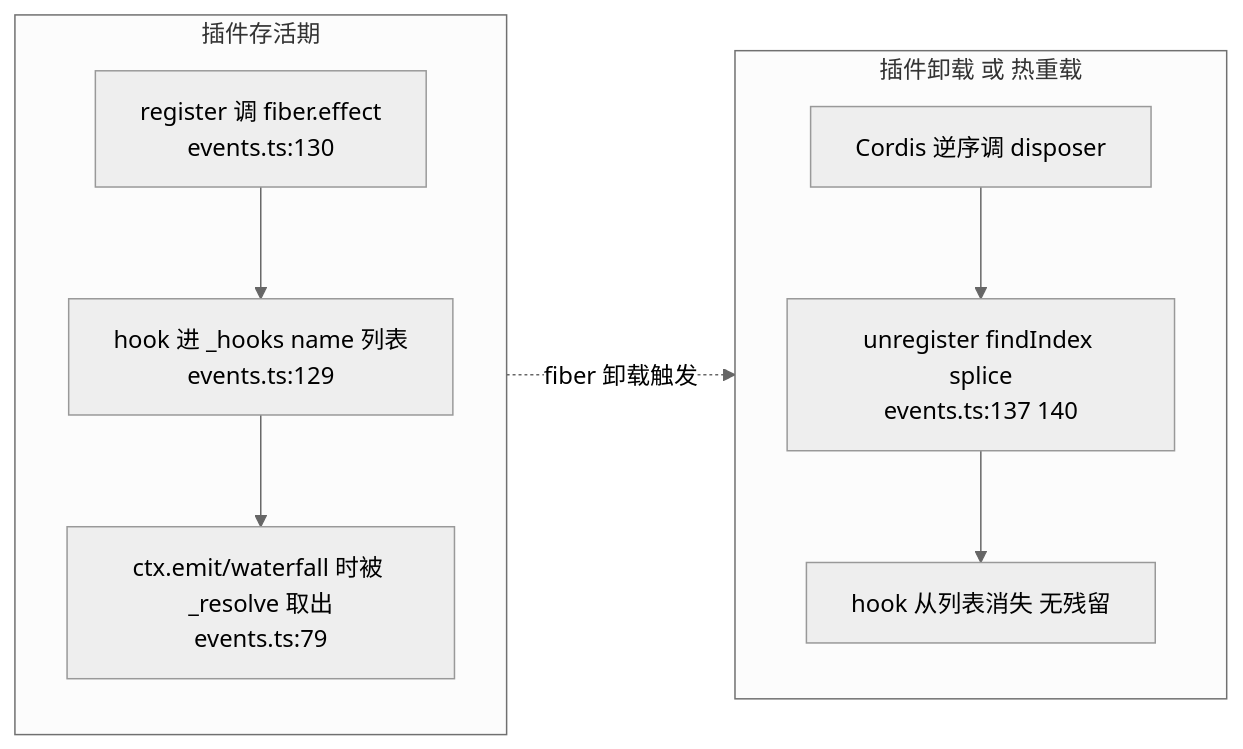
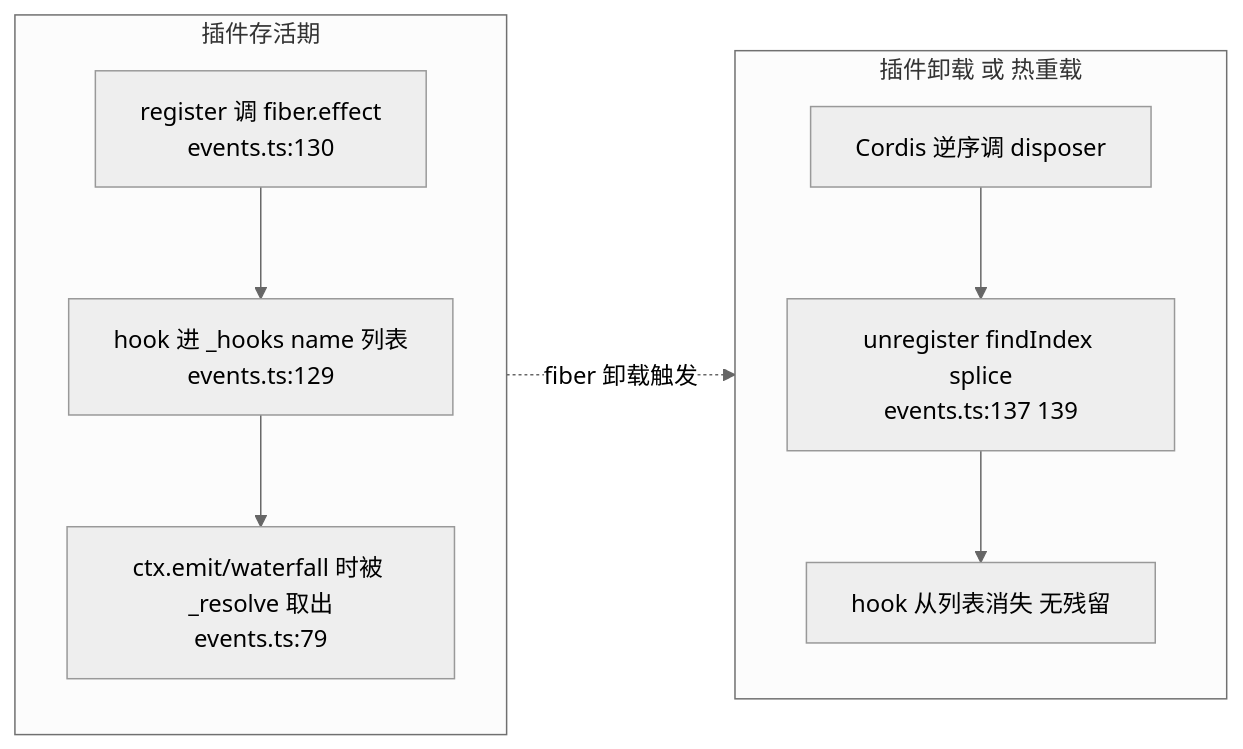
One commit to xiaonancs/deepseek-harness-deep-dive changed the fourth of 4 diagrams in Part V Cordis Deep Dive/27-事件系统.md. Above: the diagram before and after it, drawn with Mermaid. The commit also changed other lines of this file and 18 other files, not shown here.

````diff
--- a/Part V Cordis Deep Dive/27-事件系统.md
+++ b/Part V Cordis Deep Dive/27-事件系统.md
@@ -117,13 +117,13 @@
 ```mermaid
 %%{init: {'theme':'neutral'}}%%
 flowchart LR
   subgraph LIVE["插件存活期"]
     R["register 调 fiber.effect<br/>events.ts:130"] --> H["hook 进 _hooks name 列表<br/>events.ts:129"]
     H --> USE["ctx.emit/waterfall 时被 _resolve 取出<br/>events.ts:79"]
   end
   subgraph GONE["插件卸载 或 热重载"]
-    D["Cordis 逆序调 disposer"] --> U["unregister findIndex splice<br/>events.ts:137 140"]
+    D["Cordis 逆序调 disposer"] --> U["unregister findIndex splice<br/>events.ts:137 139"]
     U --> CLEAN["hook 从列表消失 无残留"]
   end
   LIVE -. fiber 卸载触发 .-> GONE
 ```
````
